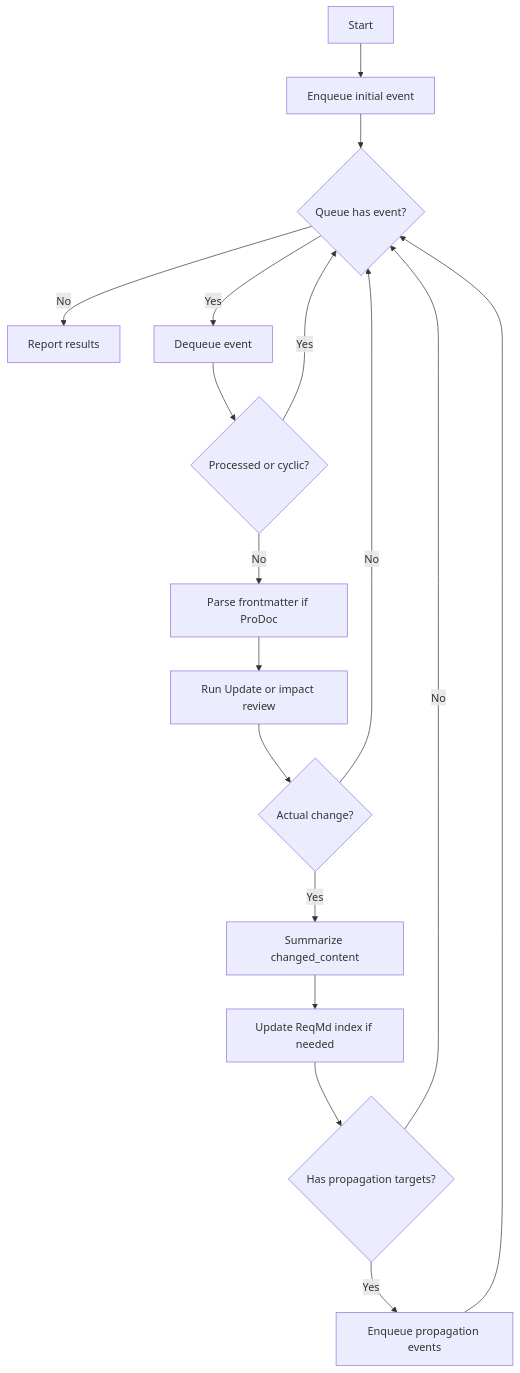
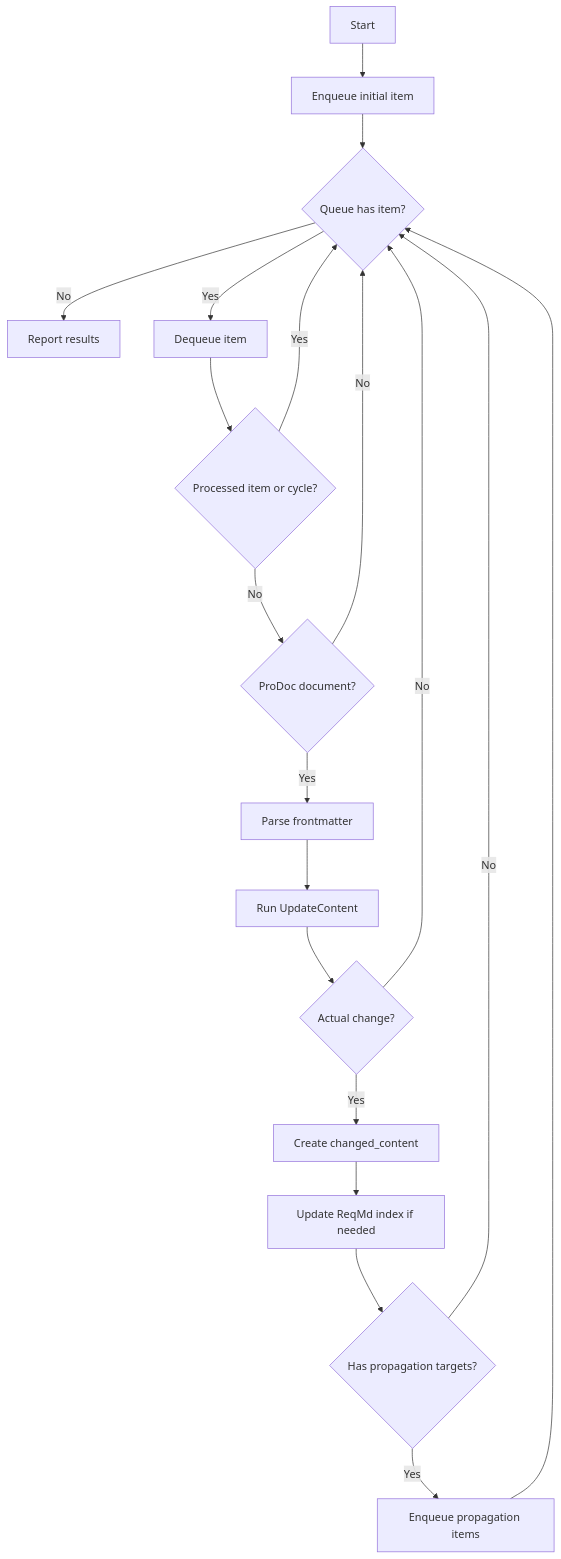
One commit to wizest/reqmd changed the diagram in reqmd/programmable_documentation.md. Above: the diagram before and after it, drawn with Mermaid. The commit also changed other lines of this file, not shown here.

Commit message:
Clarify ProDoc queue and content update terms

````diff
--- a/reqmd/programmable_documentation.md
+++ b/reqmd/programmable_documentation.md
@@ -264,19 +282,21 @@
 ```mermaid
 flowchart TD
-    A["Start"] --> B["Enqueue initial event"]
-    B --> C{"Queue has event?"}
+    A["Start"] --> B["Enqueue initial item"]
+    B --> C{"Queue has item?"}
     C -->|No| Z["Report results"]
-    C -->|Yes| D["Dequeue event"]
-    D --> E{"Processed or cyclic?"}
+    C -->|Yes| D["Dequeue item"]
+    D --> E{"Processed item or cycle?"}
     E -->|Yes| C
-    E -->|No| F["Parse frontmatter if ProDoc"]
-    F --> G["Run Update or impact review"]
-    G --> H{"Actual change?"}
-    H -->|No| C
-    H -->|Yes| I["Summarize changed_content"]
+    E -->|No| F{"ProDoc document?"}
+    F -->|No| C
+    F -->|Yes| G["Parse frontmatter"]
+    G --> H["Run UpdateContent"]
+    H --> H2{"Actual change?"}
+    H2 -->|No| C
+    H2 -->|Yes| I["Create changed_content"]
     I --> J["Update ReqMd index if needed"]
     J --> K{"Has propagation targets?"}
     K -->|No| C
-    K -->|Yes| L["Enqueue propagation events"]
+    K -->|Yes| L["Enqueue propagation items"]
     L --> C
 ```
````
